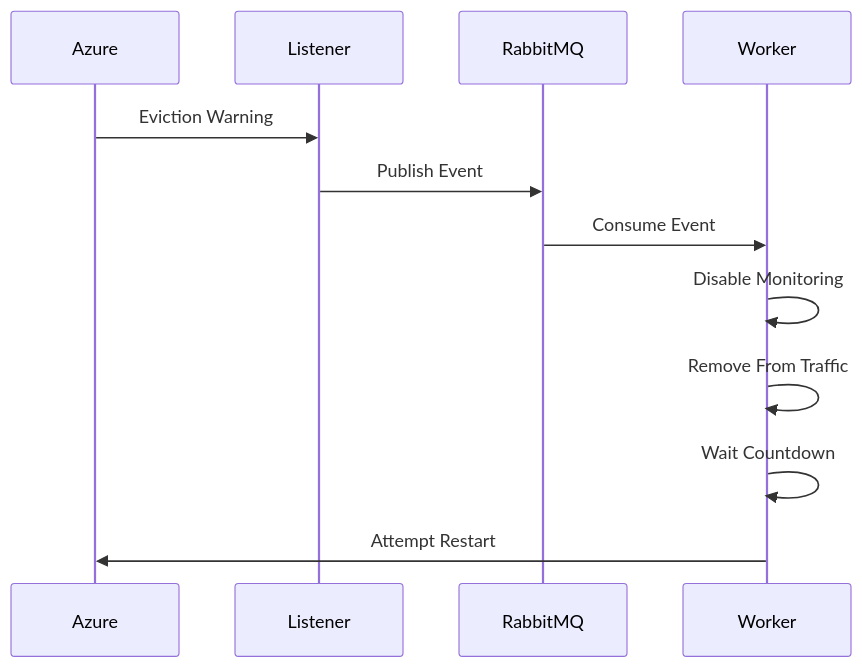
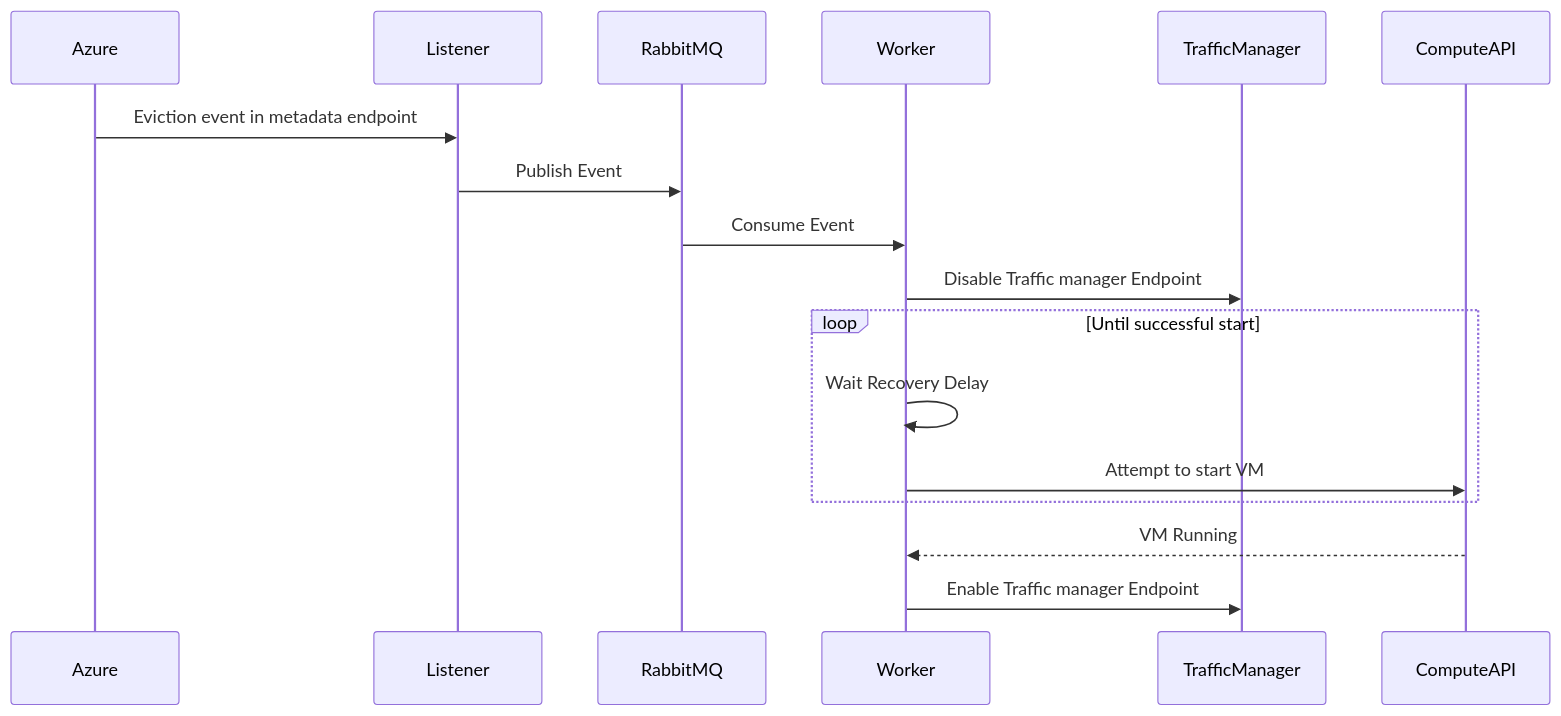
One commit to pijus3002/spot_phoenix changed the second of 3 diagrams in README.md. Above: the diagram before and after it, drawn with Mermaid. The commit also changed other lines of this file, not shown here.

````diff
--- a/README.md
+++ b/README.md
@@ -88,18 +90,29 @@
 ```mermaid
 sequenceDiagram
 
     participant Azure
     participant Listener
     participant RabbitMQ
     participant Worker
+    participant TrafficManager
+    participant ComputeAPI
 
-    Azure->>Listener: Eviction Warning
+    Azure->>Listener: Eviction event in metadata endpoint
+
     Listener->>RabbitMQ: Publish Event
+
     RabbitMQ->>Worker: Consume Event
 
-    Worker->>Worker: Disable Monitoring
-    Worker->>Worker: Remove From Traffic
-    Worker->>Worker: Wait Countdown
+    Worker->>TrafficManager: Disable Traffic manager Endpoint
 
-    Worker->>Azure: Attempt Restart
+    loop Until successful start
+
+        Worker->>Worker: Wait Recovery Delay
+
+        Worker->>ComputeAPI: Attempt to start VM
+    end
+
+    ComputeAPI-->>Worker: VM Running
+
+    Worker->>TrafficManager: Enable Traffic manager Endpoint
 ```
````
